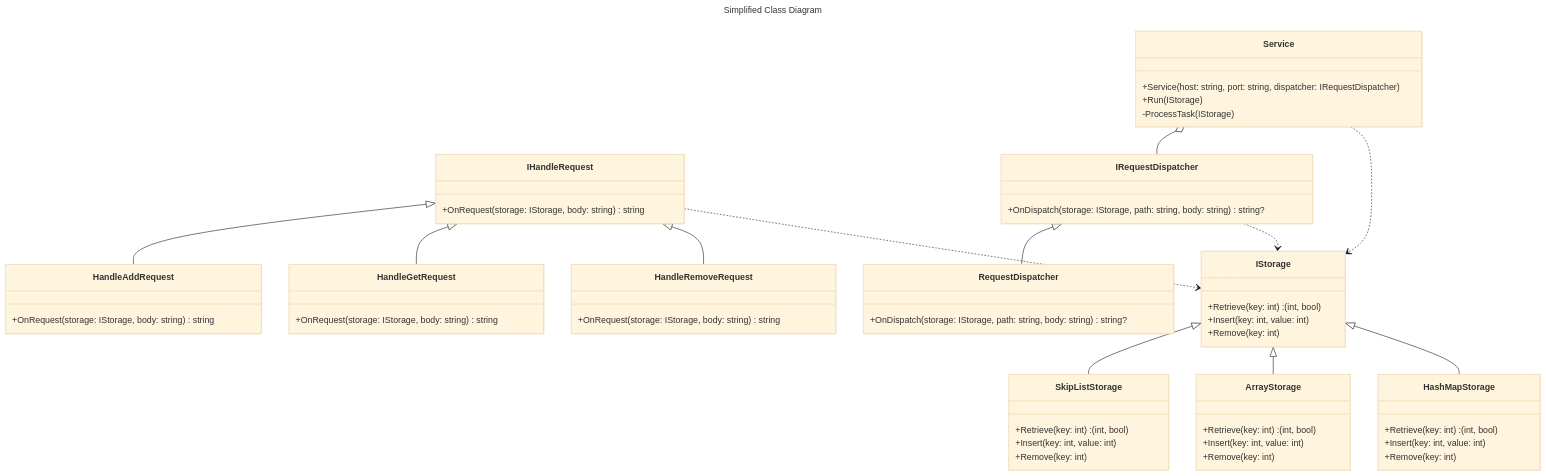
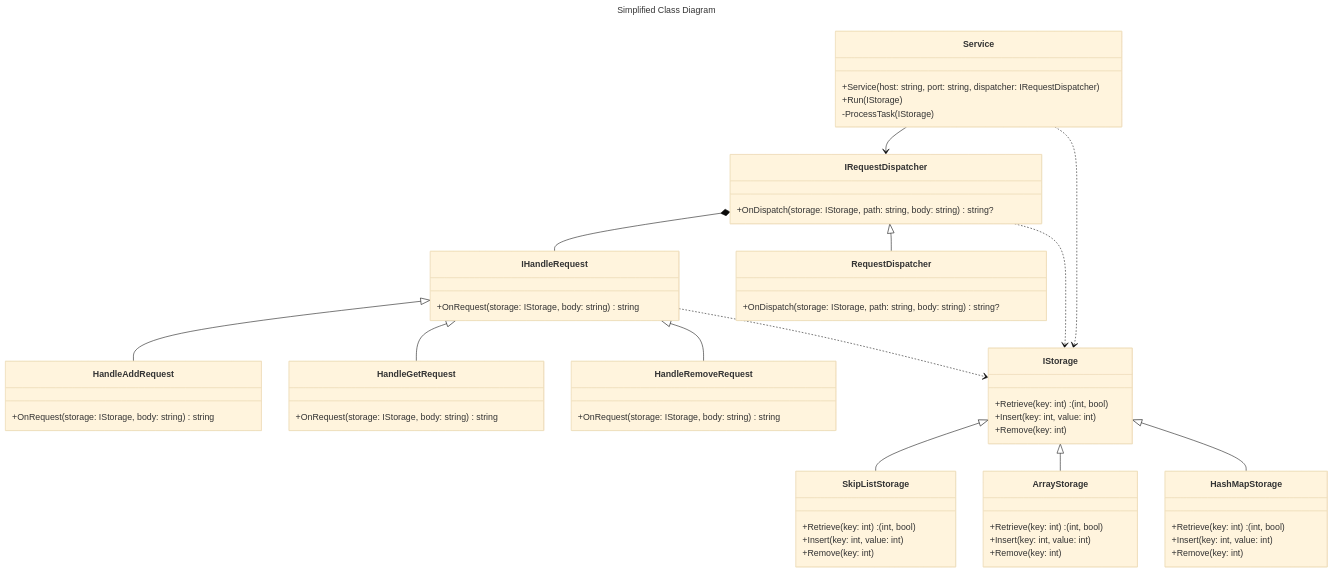
One commit to Eli-88/KVDbDemo changed the diagram in README.md. Above: the diagram before and after it, drawn with Mermaid (base theme).

Commit message:
update class diagram

````diff
--- a/README.md
+++ b/README.md
@@ -13,72 +13,73 @@
 ```mermaid
 ---
 title: Simplified Class Diagram
 ---
 classDiagram
     IHandleRequest <|-- HandleAddRequest
     IHandleRequest <|-- HandleGetRequest
     IHandleRequest <|-- HandleRemoveRequest
     IRequestDispatcher <|-- RequestDispatcher
     IStorage <|-- SkipListStorage
     IStorage <|-- ArrayStorage
     IStorage <|-- HashMapStorage
-    Service o-- IRequestDispatcher 
+    Service --> IRequestDispatcher 
     Service ..> IStorage
     IRequestDispatcher ..> IStorage
     IHandleRequest ..> IStorage
+    IRequestDispatcher *-- IHandleRequest
 
     class Service {
         +Service(host: string, port: string, dispatcher: IRequestDispatcher)
         +Run(IStorage)
         -ProcessTask(IStorage)
     }
 
     class IRequestDispatcher {
         +OnDispatch(storage: IStorage, path: string, body: string) string?
     }
 
     class RequestDispatcher {
         +OnDispatch(storage: IStorage, path: string, body: string) string?
     }
 
     class IHandleRequest {
         +OnRequest(storage: IStorage, body: string) string
     }
 
     class HandleAddRequest {
         +OnRequest(storage: IStorage, body: string) string
     }
 
     class HandleGetRequest {
         +OnRequest(storage: IStorage, body: string) string
     }
 
     class HandleRemoveRequest {
         +OnRequest(storage: IStorage, body: string) string
     }
 
     class IStorage {
         +Retrieve(key: int) : (int, bool)
         +Insert(key: int, value: int)
         +Remove(key: int)
     }
 
     class SkipListStorage {
         +Retrieve(key: int) : (int, bool)
         +Insert(key: int, value: int)
         +Remove(key: int)
     }
 
     class ArrayStorage {
         +Retrieve(key: int) : (int, bool)
         +Insert(key: int, value: int)
         +Remove(key: int)
     }
 
     class HashMapStorage {
         +Retrieve(key: int) : (int, bool)
         +Insert(key: int, value: int)
         +Remove(key: int)
     }
 
 ```
````
